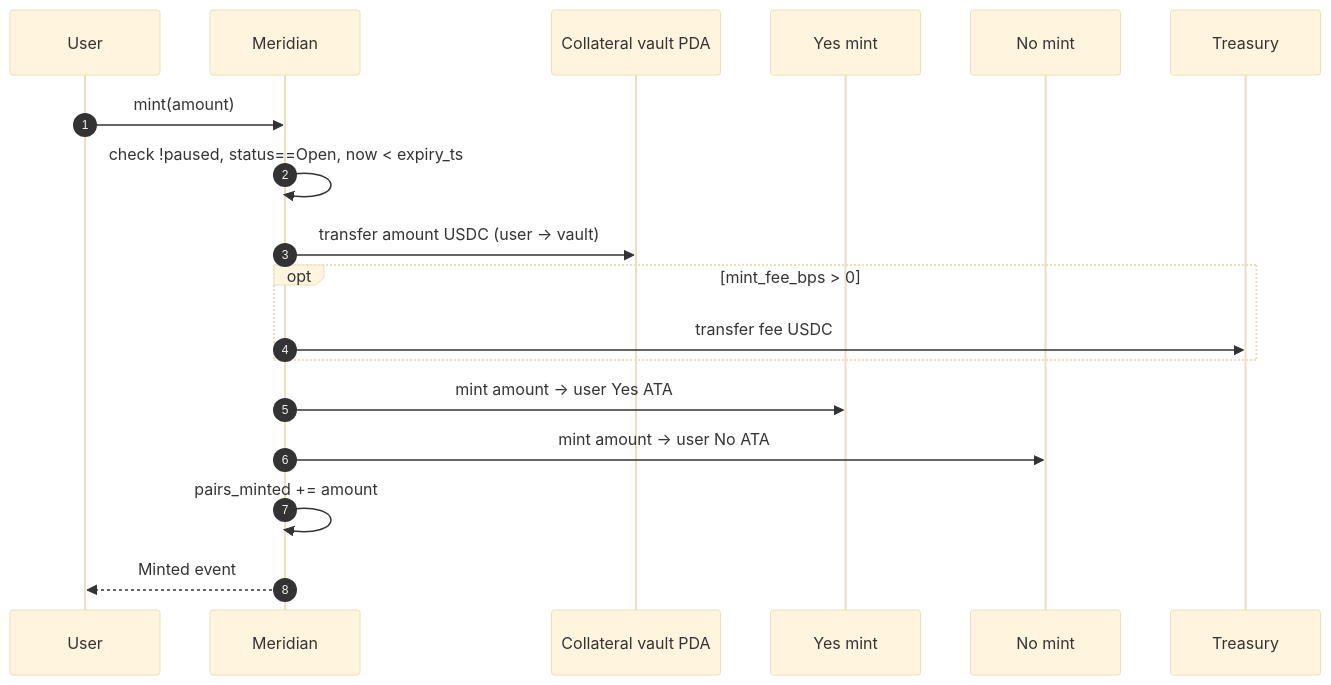
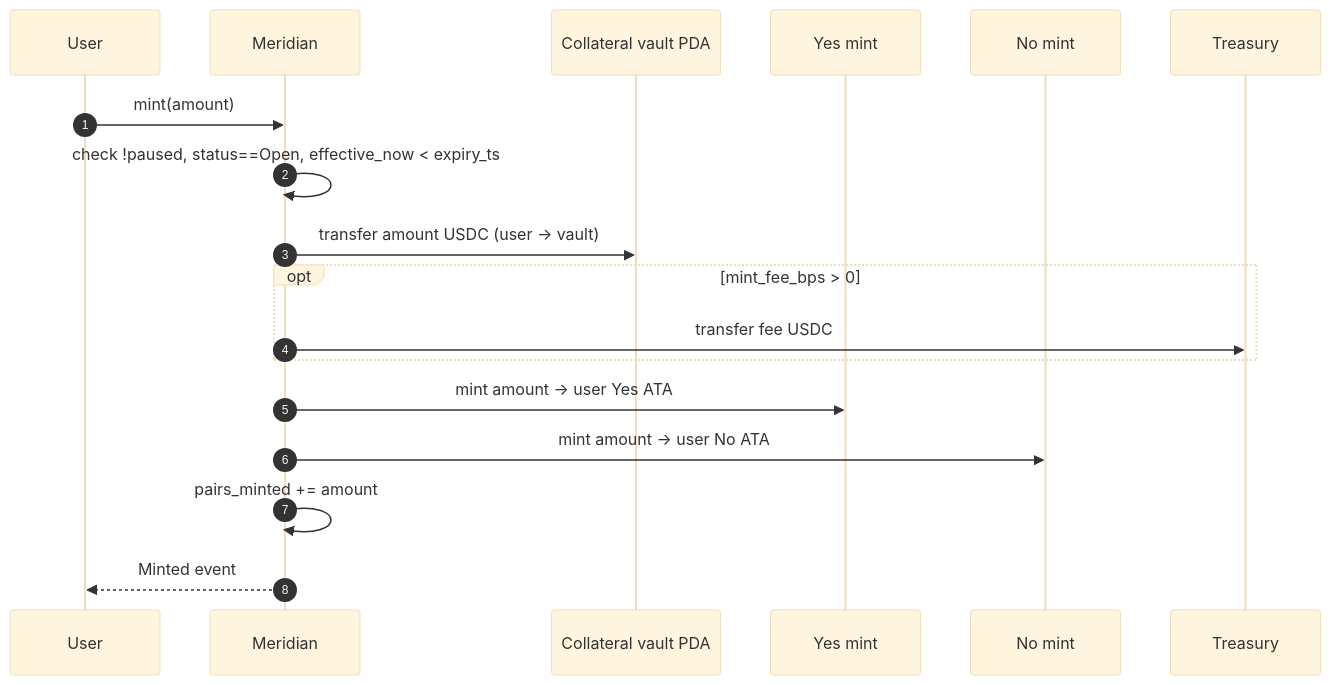
The second of 9 diagrams in docs/flows.md (debudash/meridian-binMAG7-predictionmkt), drawn with Mermaid (base theme) before and after one commit. The commit also changed other lines of this file and 5 other files, not shown here.

First line of the commit message:
docs(schema): D-017 SimClock + effective_clock for localnet open/close

````diff
--- a/docs/flows.md
+++ b/docs/flows.md
@@ -39,21 +39,21 @@
 ```mermaid
 sequenceDiagram
     autonumber
     participant User
     participant Mer as Meridian
     participant Vault as Collateral vault PDA
     participant Yes as Yes mint
     participant No as No mint
     participant Treasury
 
     User->>Mer: mint(amount)
-    Mer->>Mer: check !paused, status==Open, now < expiry_ts
+    Mer->>Mer: check !paused, status==Open, effective_now < expiry_ts
     Mer->>Vault: transfer amount USDC (user → vault)
     opt mint_fee_bps > 0
         Mer->>Treasury: transfer fee USDC
     end
     Mer->>Yes: mint amount → user Yes ATA
     Mer->>No: mint amount → user No ATA
     Mer->>Mer: pairs_minted += amount
     Mer-->>User: Minted event
 ```
````
